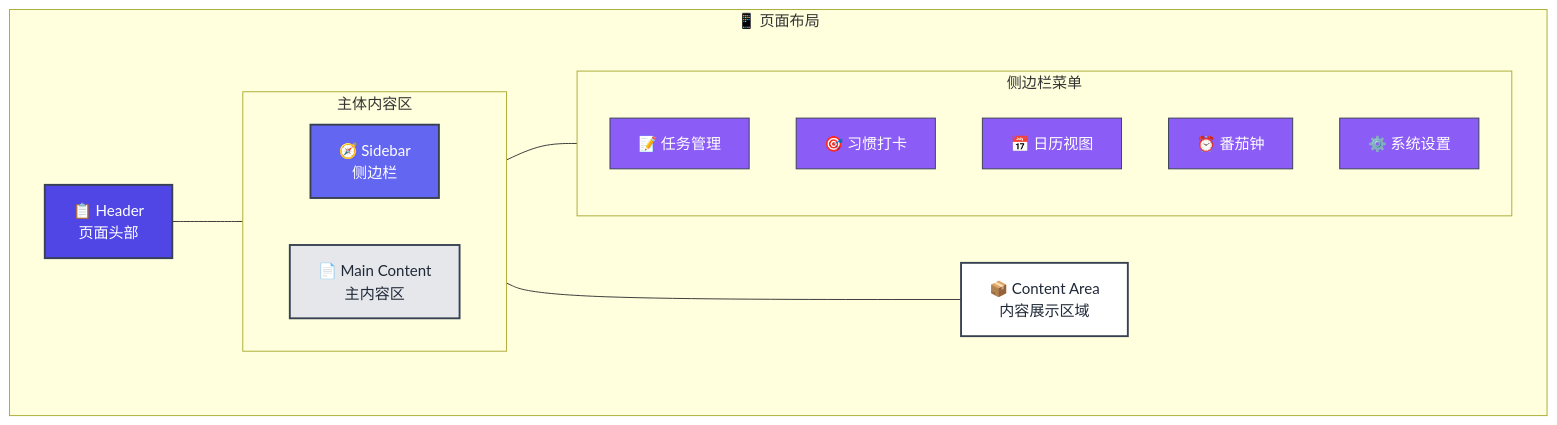
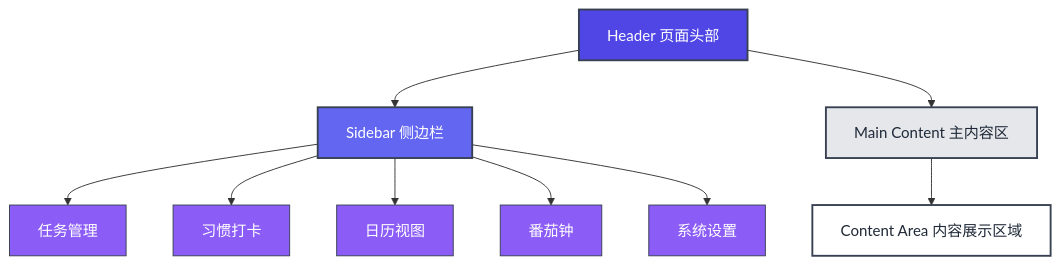
One commit to Lyceum-xs/todolist changed the third of 4 diagrams in docs/详细设计.md. Above: the diagram before and after it, drawn with Mermaid.

Commit message:
详细设计文档修改完成

````diff
--- a/docs/详细设计.md
+++ b/docs/详细设计.md
@@ -398,38 +398,33 @@
 ```mermaid
-graph TB
-    subgraph Layout["📱 页面布局"]
-        Header["📋 Header<br/>页面头部"]
-        
-        subgraph Content["主体内容区"]
-            direction LR
-            Sidebar["🧭 Sidebar<br/>侧边栏"]
-            MainContent["📄 Main Content<br/>主内容区"]
-        end
-        
-        subgraph SidebarItems["侧边栏菜单"]
-            TaskMenu["📝 任务管理"]
-            HabitMenu["🎯 习惯打卡"] 
-            CalendarMenu["📅 日历视图"]
-            TimerMenu["⏰ 番茄钟"]
-            SettingsMenu["⚙️ 系统设置"]
-        end
-        
-        ContentArea["📦 Content Area<br/>内容展示区域"]
-    end
+graph TD
+    H[Header 页面头部]
+    S[Sidebar 侧边栏]
+    M[Main Content 主内容区]
+    T[任务管理]
+    H1[习惯打卡]
+    C[日历视图]
+    Ti[番茄钟]
+    Se[系统设置]
+    CA[Content Area 内容展示区域]
     
-    Header --- Content
-    Sidebar --- SidebarItems
-    MainContent --- ContentArea
+    H --> S
+    H --> M
+    S --> T
+    S --> H1
+    S --> C
+    S --> Ti
+    S --> Se
+    M --> CA
     
     classDef headerStyle fill:#4f46e5,stroke:#374151,stroke-width:2px,color:#ffffff
     classDef sidebarStyle fill:#6366f1,stroke:#374151,stroke-width:2px,color:#ffffff
     classDef contentStyle fill:#e5e7eb,stroke:#374151,stroke-width:2px,color:#1f2937
     classDef areaStyle fill:#ffffff,stroke:#374151,stroke-width:2px,color:#1f2937
     classDef menuStyle fill:#8b5cf6,stroke:#374151,stroke-width:1px,color:#ffffff
     
-    class Header headerStyle
-    class Sidebar sidebarStyle
-    class MainContent contentStyle
-    class ContentArea areaStyle
-    class TaskMenu,HabitMenu,CalendarMenu,TimerMenu,SettingsMenu menuStyle
+    class H headerStyle
+    class S sidebarStyle
+    class M contentStyle
+    class CA areaStyle
+    class T,H1,C,Ti,Se menuStyle
 ```
````
